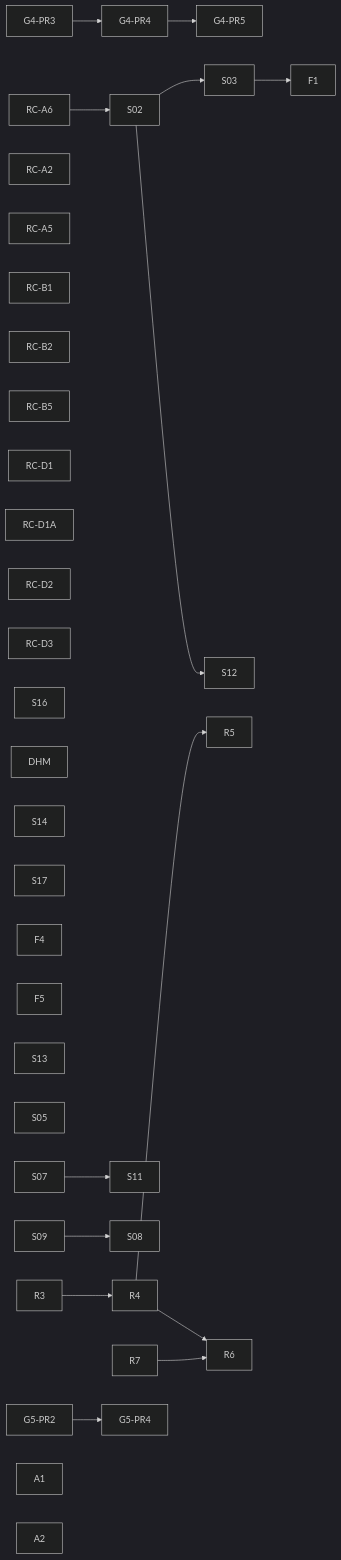
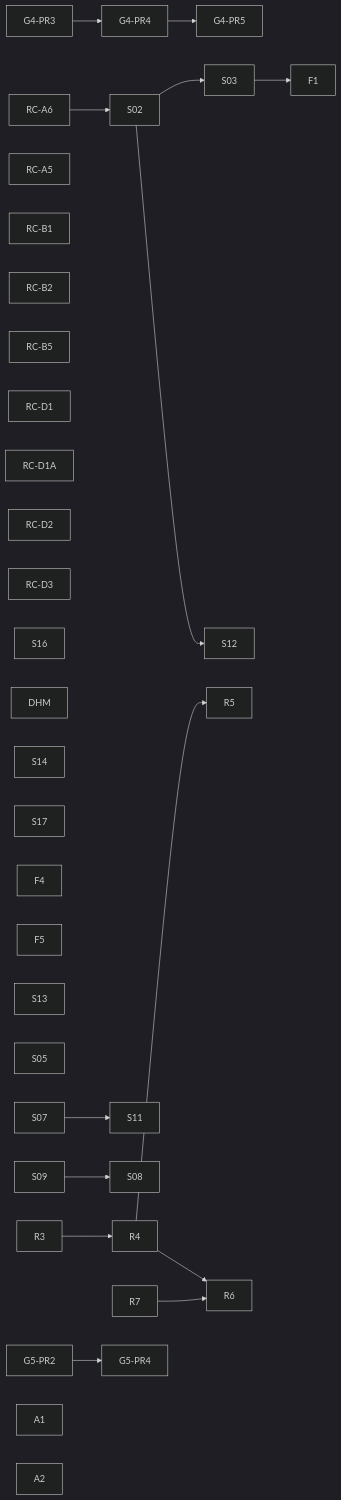
One commit to dunay2/dvt changed the diagram in docs/planning/state/open-task-route.md. Above: the diagram before and after it, drawn with Mermaid (dark theme). The commit also changed other lines of this file and 3 other files, not shown here.

````diff
--- a/docs/planning/state/open-task-route.md
+++ b/docs/planning/state/open-task-route.md
@@ -77,37 +76,36 @@
 ```mermaid
 flowchart LR
   G43[G4-PR3] --> G44[G4-PR4] --> G45[G4-PR5]
 
   RC_A6[RC-A6] --> S02[S02] --> S03[S03] --> F1[F1]
-  RC_A2[RC-A2]
   RC_A5[RC-A5]
   RC_B1[RC-B1]
   RC_B2[RC-B2]
   RC_B5[RC-B5]
   RC_D1[RC-D1]
   RC_D1A[RC-D1A]
   RC_D2[RC-D2]
   RC_D3[RC-D3]
   S16[S16]
   DHM[DHM]
 
   S02 --> S12[S12]
   S14[S14]
   S17[S17]
   F4[F4]
   F5[F5]
   S13[S13]
   S05[S05]
 
   S07[S07] --> S11[S11]
   S09[S09] --> S08[S08]
 
   R3[R3] --> R4[R4] --> R5[R5]
   R4 --> R6[R6]
   R7[R7] --> R6
 
   G52[G5-PR2] --> G54[G5-PR4]
   A1[A1]
   A2[A2]
   DHM
 ```
````
